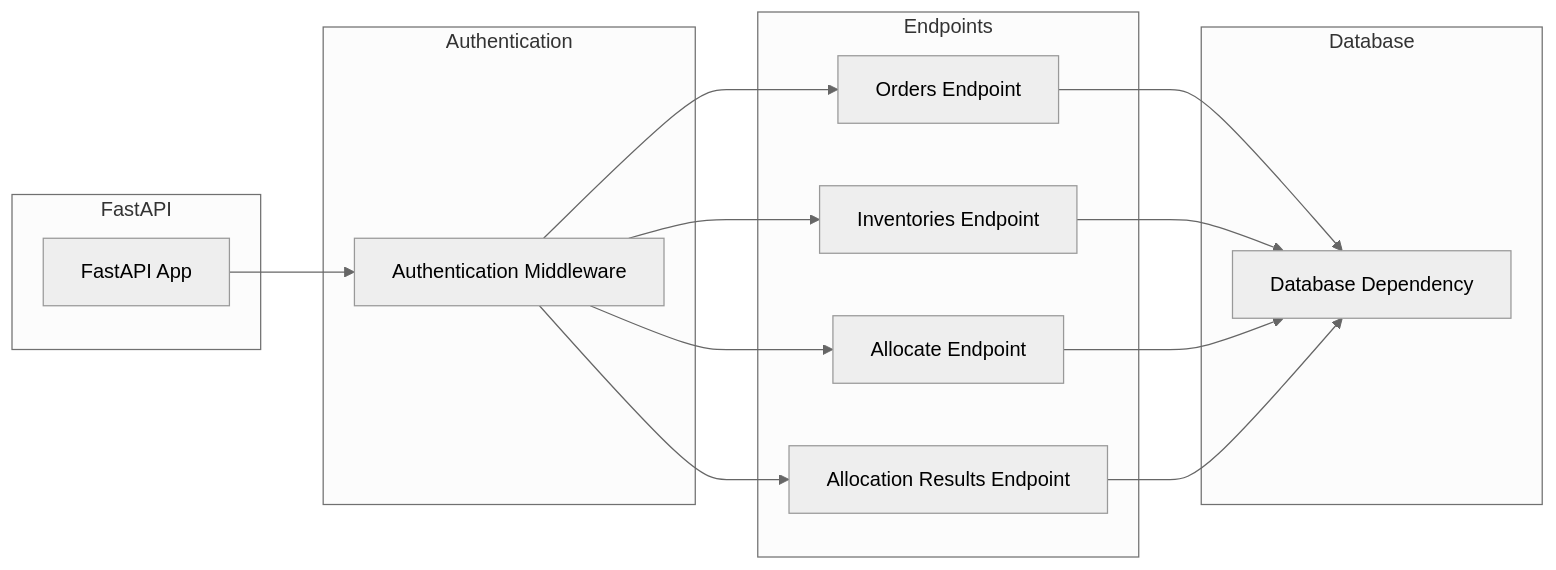
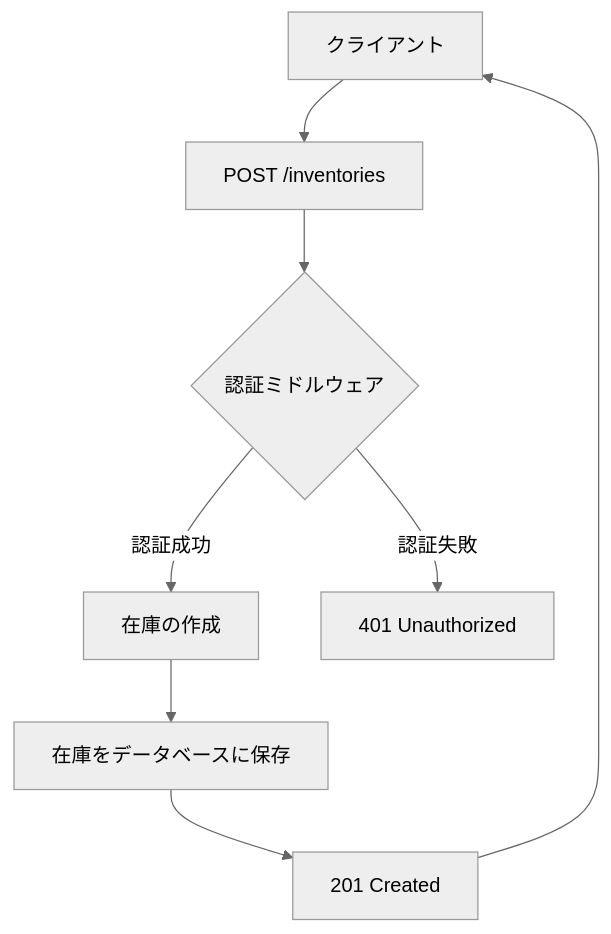
The second of 9 diagrams in Backend/InventoryAllocation_ProgramDesige.md (Rayoo-Nakano/InventoryAllocation), drawn with Mermaid (neutral theme) before and after one commit. The commit also changed other lines of this file and 3 other files, not shown here.

````diff
--- a/Backend/InventoryAllocation_ProgramDesige.md
+++ b/Backend/InventoryAllocation_ProgramDesige.md
@@ -253,33 +54,10 @@
 ```mermaid
-graph LR
-    subgraph FastAPI
-        app[FastAPI App]
-    end
-
-    subgraph Authentication
-        auth[Authentication Middleware]
-    end
-
-    subgraph Endpoints
-        orders[Orders Endpoint]
-        inventories[Inventories Endpoint]
-        allocate[Allocate Endpoint]
-        allocation_results[Allocation Results Endpoint]
-    end
-
-    subgraph Database
-        db[Database Dependency]
-    end
-
-    app --> auth
-    auth --> orders
-    auth --> inventories
-    auth --> allocate
-    auth --> allocation_results
-
-    orders --> db
-    inventories --> db
-    allocate --> db
-    allocation_results --> db
-
+graph TD
+    A[クライアント] --> B[POST /inventories]
+    B --> C{認証ミドルウェア}
+    C --> |認証成功| D[在庫の作成]
+    C --> |認証失敗| E[401 Unauthorized]
+    D --> F[在庫をデータベースに保存]
+    F --> G[201 Created]
+    G --> A
 ```
````
